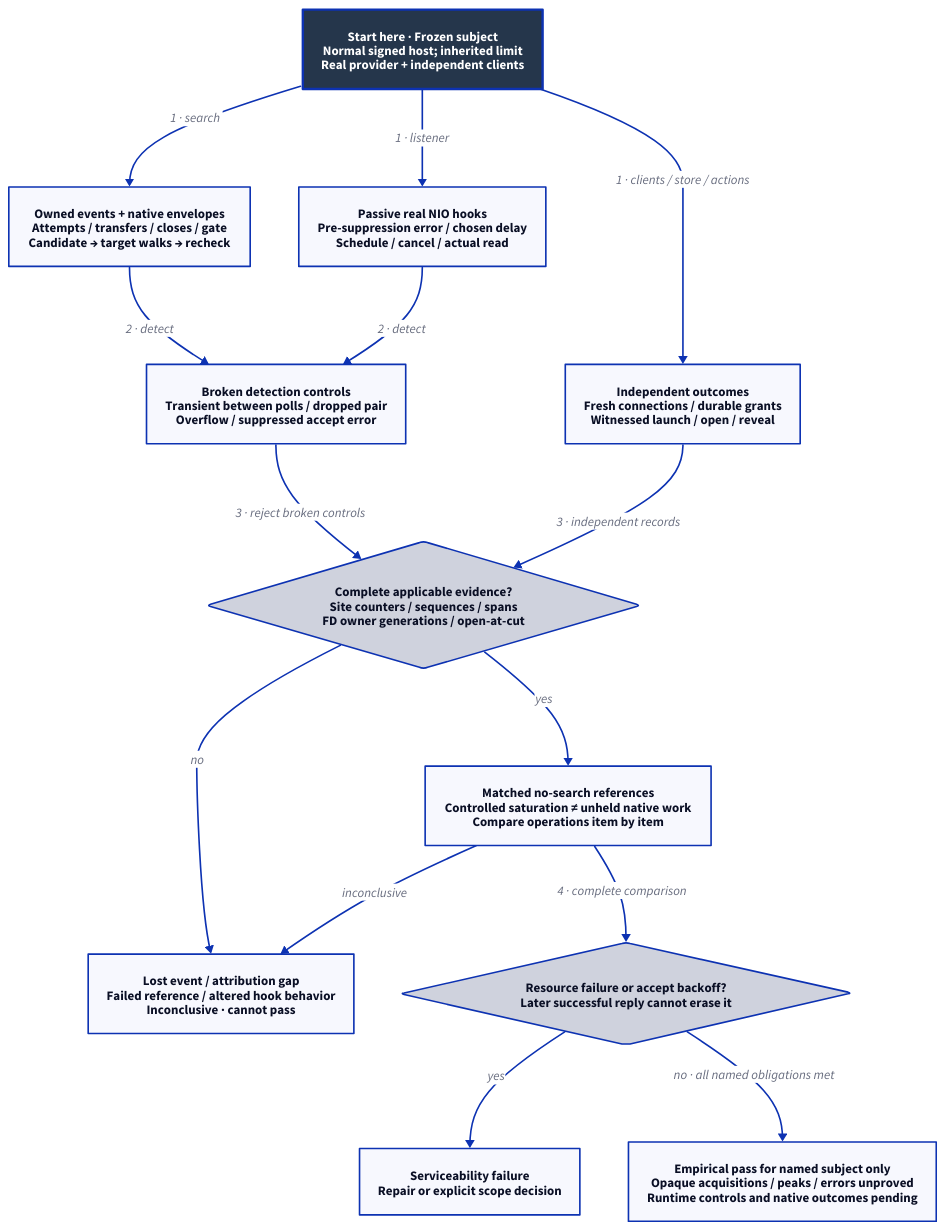
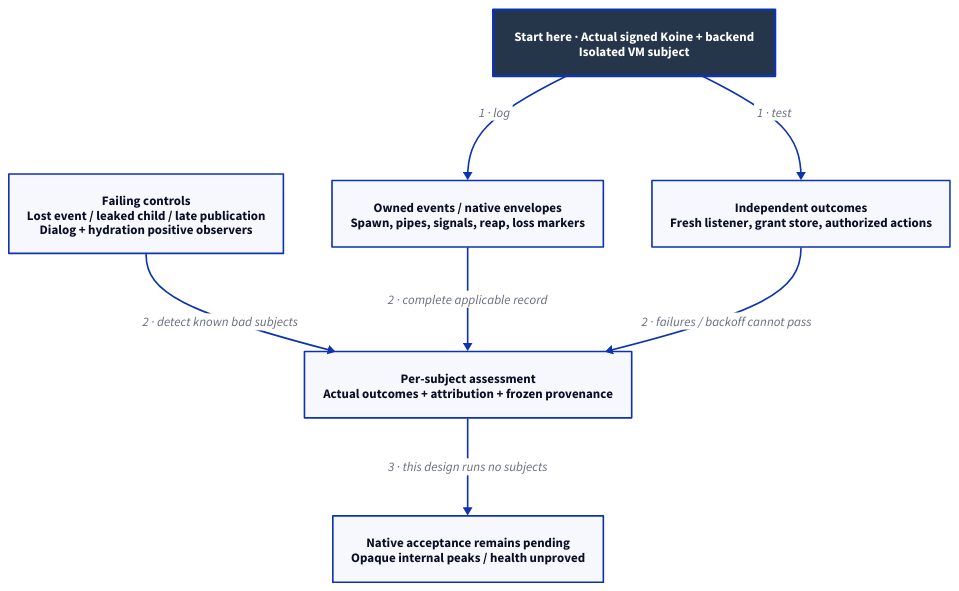
One commit to Linkuistics/Koine changed the diagram in docs/design/architecture/search-serviceability.d2. Above: the diagram before and after it, drawn with D2. The commit also changed 142 other files, not shown here.

Commit message:
Design tool-backed application and file search (search-tooling-k195)

```diff
--- a/docs/design/architecture/search-serviceability.d2
+++ b/docs/design/architecture/search-serviceability.d2
@@ -1,29 +1,17 @@
-# Evidence flow; design only. Opaque acquisitions/health remain unproved.
+# Selected mechanism, subject to human choices/review/native acceptance.
 direction: down
 classes: {
   start: {style: {fill: "#25364B"; font-color: "#FFFFFF"; bold: true; stroke-width: 3}}
 }
-Start: "Start here · Frozen subject\nNormal signed host; inherited limit\nReal provider + independent clients" {class: start}
-Owned: "Owned events + native envelopes\nAttempts / transfers / closes / gate\nCandidate → target walks → recheck"
-Listener: "Passive real NIO hooks\nPre-suppression error / chosen delay\nSchedule / cancel / actual read"
-Outcomes: "Independent outcomes\nFresh connections / durable grants\nWitnessed launch / open / reveal"
-Controls: "Broken detection controls\nTransient between polls / dropped pair\nOverflow / suppressed accept error"
-Loss: "Complete applicable evidence?\nSite counters / sequences / spans\nFD owner generations / open-at-cut" {shape: diamond}
-Invalid: "Lost event / attribution gap\nFailed reference / altered hook behavior\nInconclusive · cannot pass"
-Compare: "Matched no-search references\nControlled saturation ≠ unheld native work\nCompare operations item by item"
-Verdict: "Resource failure or accept backoff?\nLater successful reply cannot erase it" {shape: diamond}
-Fail: "Serviceability failure\nRepair or explicit scope decision"
-Limited: "Empirical pass for named subject only\nOpaque acquisitions / peaks / errors unproved\nRuntime controls and native outcomes pending"
-Start -> Owned: "1 · search"
-Start -> Listener: "1 · listener"
-Start -> Outcomes: "1 · clients / store / actions"
-Owned -> Controls: "2 · detect"
-Listener -> Controls: "2 · detect"
-Controls -> Loss: "3 · reject broken controls"
-Outcomes -> Loss: "3 · independent records"
-Loss -> Invalid: "no"
-Loss -> Compare: "yes"
-Compare -> Invalid: "inconclusive"
-Compare -> Verdict: "4 · complete comparison"
-Verdict -> Fail: "yes"
-Verdict -> Limited: "no · all named obligations met"
+Start: "Start here · Actual signed Koine + backend\nIsolated VM subject" {class: start}
+Events: "Owned events / native envelopes\nSpawn, pipes, signals, reap, loss markers"
+Independent: "Independent outcomes\nFresh listener, grant store, authorized actions"
+Controls: "Failing controls\nLost event / leaked child / late publication\nDialog + hydration positive observers"
+Assess: "Per-subject assessment\nActual outcomes + attribution + frozen provenance"
+Pending: "Native acceptance remains pending\nOpaque internal peaks / health unproved"
+Start -> Events: "1 · log"
+Start -> Independent: "1 · test"
+Controls -> Assess: "2 · detect known bad subjects"
+Events -> Assess: "2 · complete applicable record"
+Independent -> Assess: "2 · failures / backoff cannot pass"
+Assess -> Pending: "3 · this design runs no subjects"
```
